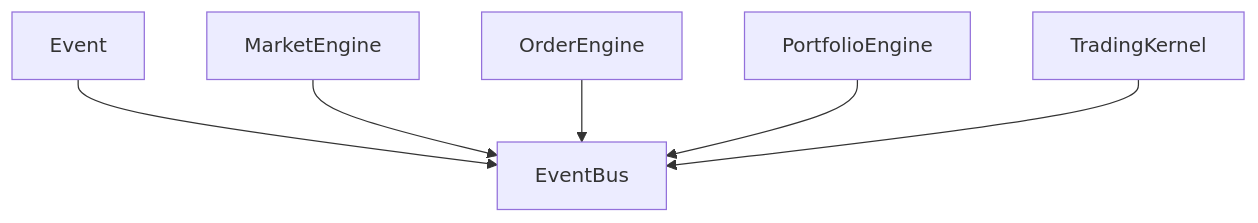
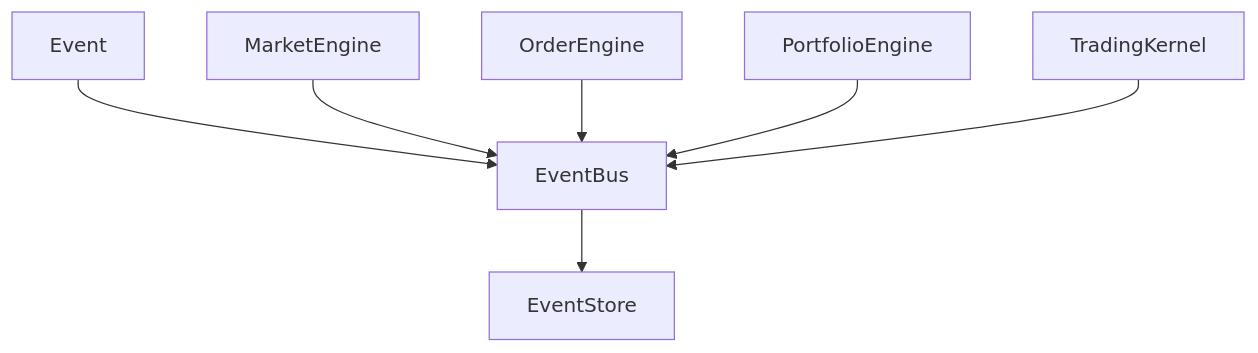
Diagram 11 of 11 in .qoder/repowiki/en/content/Trading Kernel/Event Bus System.md (Ganesh-Kusundal/nTrade), drawn with Mermaid before and after one commit. The commit also changed other lines of this file and 203 other files, not shown here.

````diff
--- a/.qoder/repowiki/en/content/Trading Kernel/Event Bus System.md
+++ b/.qoder/repowiki/en/content/Trading Kernel/Event Bus System.md
@@ -483,14 +580,16 @@
 ```mermaid
 graph TB
 EB["EventBus"]
 EBase["Event"]
 ME["MarketEngine"]
 OE["OrderEngine"]
 PE["PortfolioEngine"]
 TK["TradingKernel"]
+ES["EventStore"]
 EBase --> EB
 ME --> EB
 OE --> EB
 PE --> EB
 TK --> EB
+EB --> ES
 ```
````
